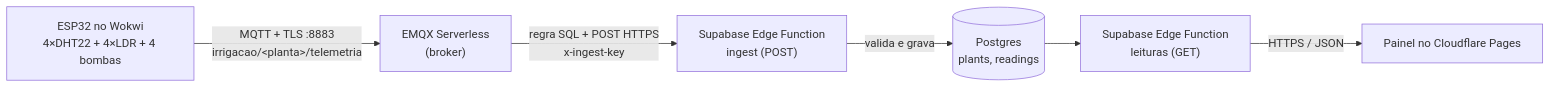
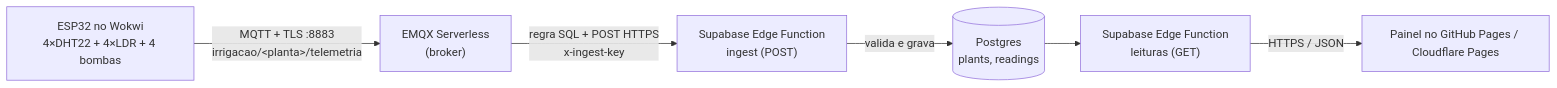
The diagram in README.md (biel-sketch/irrigacao-inteligente), drawn with Mermaid before and after one commit. The commit also changed other lines of this file, not shown here.

First line of the commit message:
Adiciona link do vídeo e do painel no GitHub Pages

````diff
--- a/README.md
+++ b/README.md
@@ -19,8 +20,8 @@
 ```mermaid
 flowchart LR
   A["ESP32 no Wokwi<br/>4×DHT22 + 4×LDR + 4 bombas"] -- "MQTT + TLS :8883<br/>irrigacao/&lt;planta&gt;/telemetria" --> B["EMQX Serverless<br/>(broker)"]
   B -- "regra SQL + POST HTTPS<br/>x-ingest-key" --> C["Supabase Edge Function<br/>ingest (POST)"]
   C -- "valida e grava" --> D[("Postgres<br/>plants, readings")]
   D --> E["Supabase Edge Function<br/>leituras (GET)"]
-  E -- "HTTPS / JSON" --> F["Painel no Cloudflare Pages"]
+  E -- "HTTPS / JSON" --> F["Painel no GitHub Pages / Cloudflare Pages"]
 ```
````
